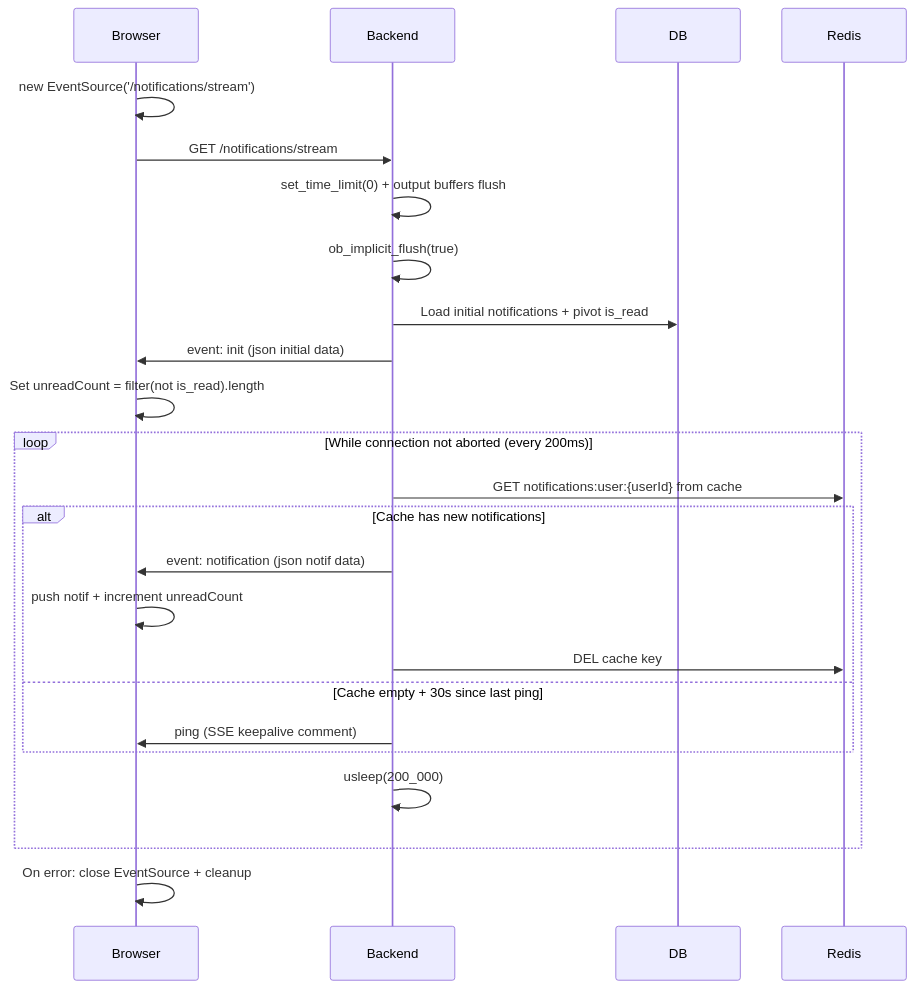
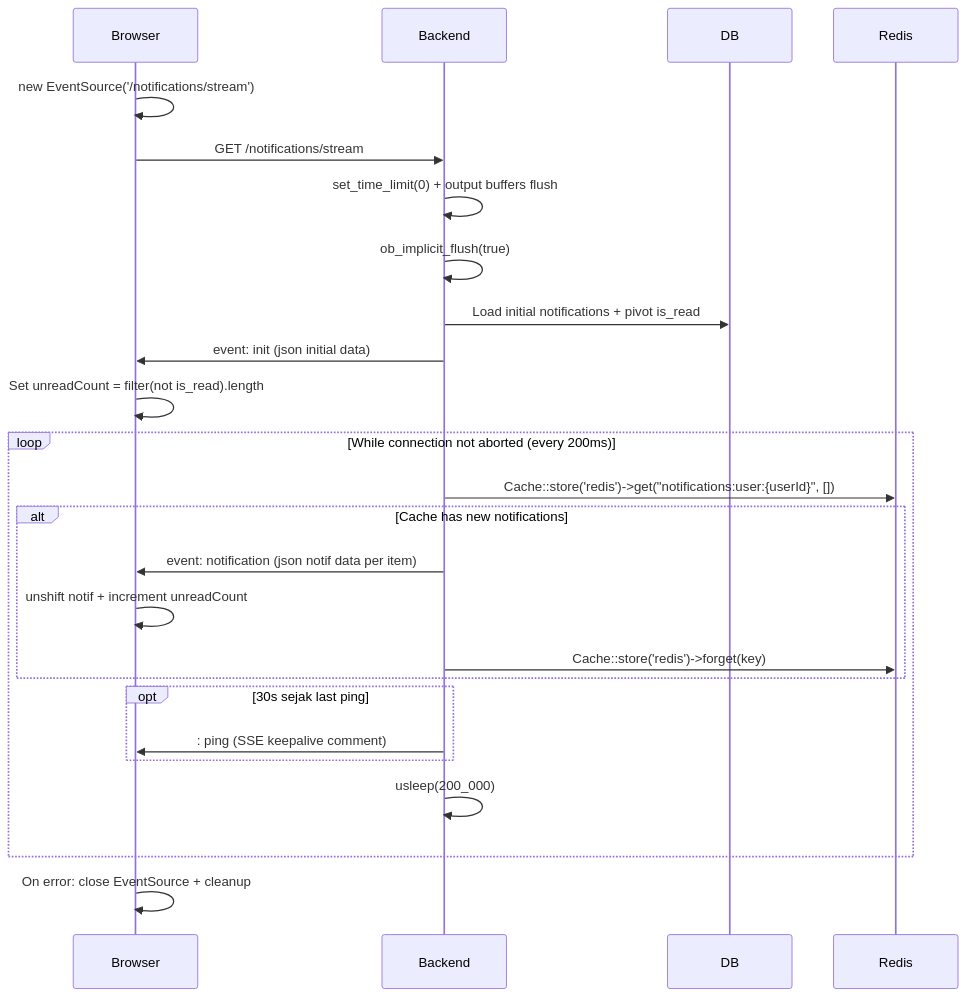
The second of 4 diagrams in docs/notification/management.md (priamitra273/laptoplain), drawn with Mermaid before and after one commit. The commit also changed other lines of this file and 14 other files, not shown here.

````diff
--- a/docs/notification/management.md
+++ b/docs/notification/management.md
@@ -21,26 +21,27 @@
 ```mermaid
 sequenceDiagram
     Browser->>Browser: new EventSource('/notifications/stream')
 
     Browser->>Backend: GET /notifications/stream
     Backend->>Backend: set_time_limit(0) + output buffers flush
     Backend->>Backend: ob_implicit_flush(true)
 
     Backend->>DB: Load initial notifications + pivot is_read
     Backend->>Browser: event: init (json initial data)
     Browser->>Browser: Set unreadCount = filter(not is_read).length
 
     loop While connection not aborted (every 200ms)
-        Backend->>Redis: GET notifications:user:{userId} from cache
+        Backend->>Redis: Cache::store('redis')->get("notifications:user:{userId}", [])
         alt Cache has new notifications
-            Backend->>Browser: event: notification (json notif data)
-            Browser->>Browser: push notif + increment unreadCount
-            Backend->>Redis: DEL cache key
-        else Cache empty + 30s since last ping
-            Backend->>Browser: ping (SSE keepalive comment)
+            Backend->>Browser: event: notification (json notif data per item)
+            Browser->>Browser: unshift notif + increment unreadCount
+            Backend->>Redis: Cache::store('redis')->forget(key)
+        end
+        opt 30s sejak last ping
+            Backend->>Browser: : ping (SSE keepalive comment)
         end
         Backend->>Backend: usleep(200_000)
     end
 
     Browser->>Browser: On error: close EventSource + cleanup
 ```
````
